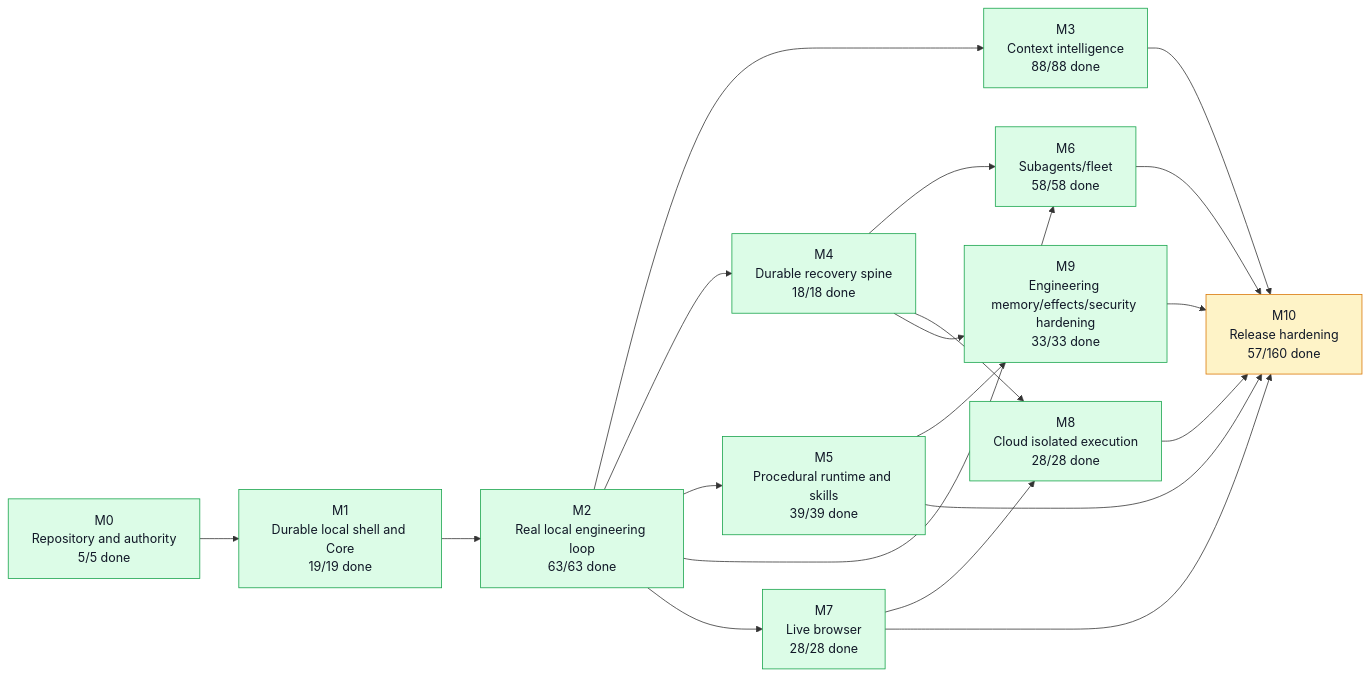
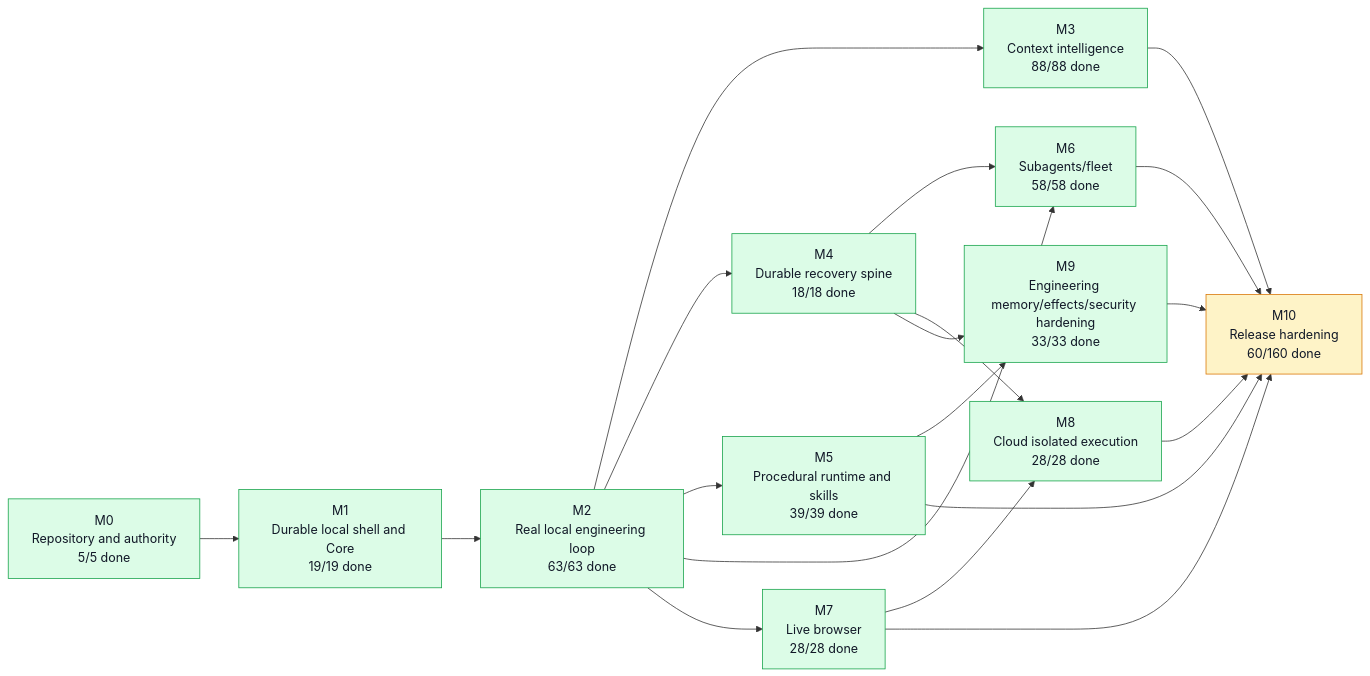
One commit to moss101/modbit changed the first of 5 diagrams in graph/PROJECT_GRAPH.md. Above: the diagram before and after it, drawn with Mermaid. The commit also changed other lines of this file and 14 other files, not shown here.

````diff
--- a/graph/PROJECT_GRAPH.md
+++ b/graph/PROJECT_GRAPH.md
@@ -57,43 +57,43 @@
 ```mermaid
 flowchart LR
   M0["M0<br/>Repository and authority<br/>5/5 done"]
   M1["M1<br/>Durable local shell and Core<br/>19/19 done"]
   M2["M2<br/>Real local engineering loop<br/>63/63 done"]
   M3["M3<br/>Context intelligence<br/>88/88 done"]
   M4["M4<br/>Durable recovery spine<br/>18/18 done"]
   M5["M5<br/>Procedural runtime and skills<br/>39/39 done"]
   M6["M6<br/>Subagents/fleet<br/>58/58 done"]
   M7["M7<br/>Live browser<br/>28/28 done"]
   M8["M8<br/>Cloud isolated execution<br/>28/28 done"]
   M9["M9<br/>Engineering memory/effects/security hardening<br/>33/33 done"]
-  M10["M10<br/>Release hardening<br/>57/160 done"]
+  M10["M10<br/>Release hardening<br/>60/160 done"]
   M0 --> M1
   M1 --> M2
   M2 --> M3
   M2 --> M4
   M2 --> M5
   M2 --> M6
   M4 --> M6
   M2 --> M7
   M4 --> M8
   M7 --> M8
   M4 --> M9
   M5 --> M9
   M3 --> M10
   M5 --> M10
   M6 --> M10
   M7 --> M10
   M8 --> M10
   M9 --> M10
   style M0 fill:#dcfce7,stroke:#16a34a,color:#111827
   style M1 fill:#dcfce7,stroke:#16a34a,color:#111827
   style M2 fill:#dcfce7,stroke:#16a34a,color:#111827
   style M3 fill:#dcfce7,stroke:#16a34a,color:#111827
   style M4 fill:#dcfce7,stroke:#16a34a,color:#111827
   style M5 fill:#dcfce7,stroke:#16a34a,color:#111827
   style M6 fill:#dcfce7,stroke:#16a34a,color:#111827
   style M7 fill:#dcfce7,stroke:#16a34a,color:#111827
   style M8 fill:#dcfce7,stroke:#16a34a,color:#111827
   style M9 fill:#dcfce7,stroke:#16a34a,color:#111827
   style M10 fill:#fef3c7,stroke:#d97706,color:#111827
 ```
````
